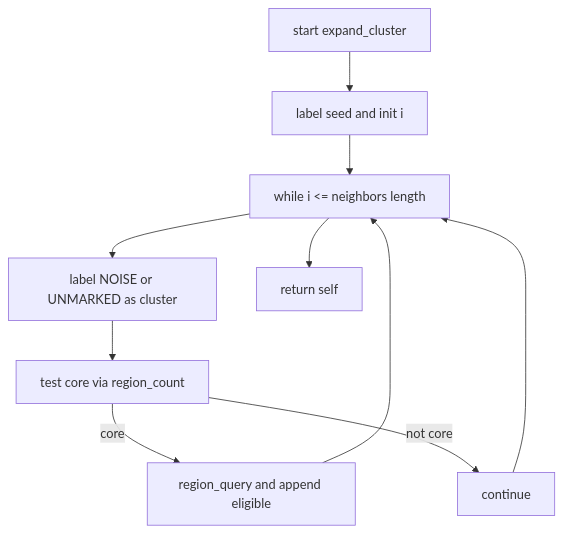
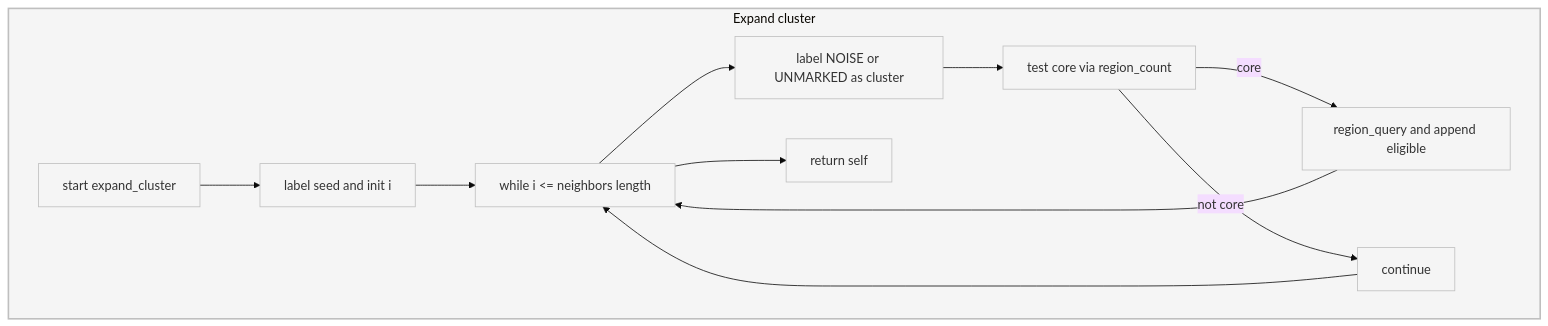
The tenth of 12 diagrams in docs/ai/dbscan.md (Gh0st352/AETHR), drawn with Mermaid before and after one commit. The commit also changed other lines of this file and 2 other files, not shown here.

Commit message:
docs: enhance diagrams in README, data_structures, and dbscan with subgraphs, improved styles, and readability adjustments

````diff
--- a/docs/ai/dbscan.md
+++ b/docs/ai/dbscan.md
@@ -120,12 +209,22 @@
 ```mermaid
-flowchart TD
-  E0[start expand_cluster] --> E1[label seed and init i]
-  E1 --> E2[while i <= neighbors length]
-  E2 --> E3[label NOISE or UNMARKED as cluster]
-  E3 --> E4[test core via region_count]
-  E4 -->|core| E5[region_query and append eligible]
-  E4 -->|not core| E6[continue]
-  E5 --> E2
-  E6 --> E2
-  E2 --> E7[return self]
+%%{init: {"theme":"base"}}%%
+flowchart TB
+  subgraph EXPAND [Expand cluster]
+    style EXPAND fill:#f5f5f5,stroke:#bfbfbf,stroke-width:2px
+    E0[start expand_cluster]
+    E1[label seed and init i]
+    E2[while i <= neighbors length]
+    E3[label NOISE or UNMARKED as cluster]
+    E4[test core via region_count]
+    E5[region_query and append eligible]
+    E6[continue]
+    E7[return self]
+    E0 --> E1 --> E2
+    E2 --> E3 --> E4
+    E4 -->|core| E5 --> E2
+    E4 -->|not core| E6 --> E2
+    E2 --> E7
+  end
+  classDef expand fill:#f5f5f5,stroke:#bfbfbf
+  class E0,E1,E2,E3,E4,E5,E6,E7 expand
 ```
````
